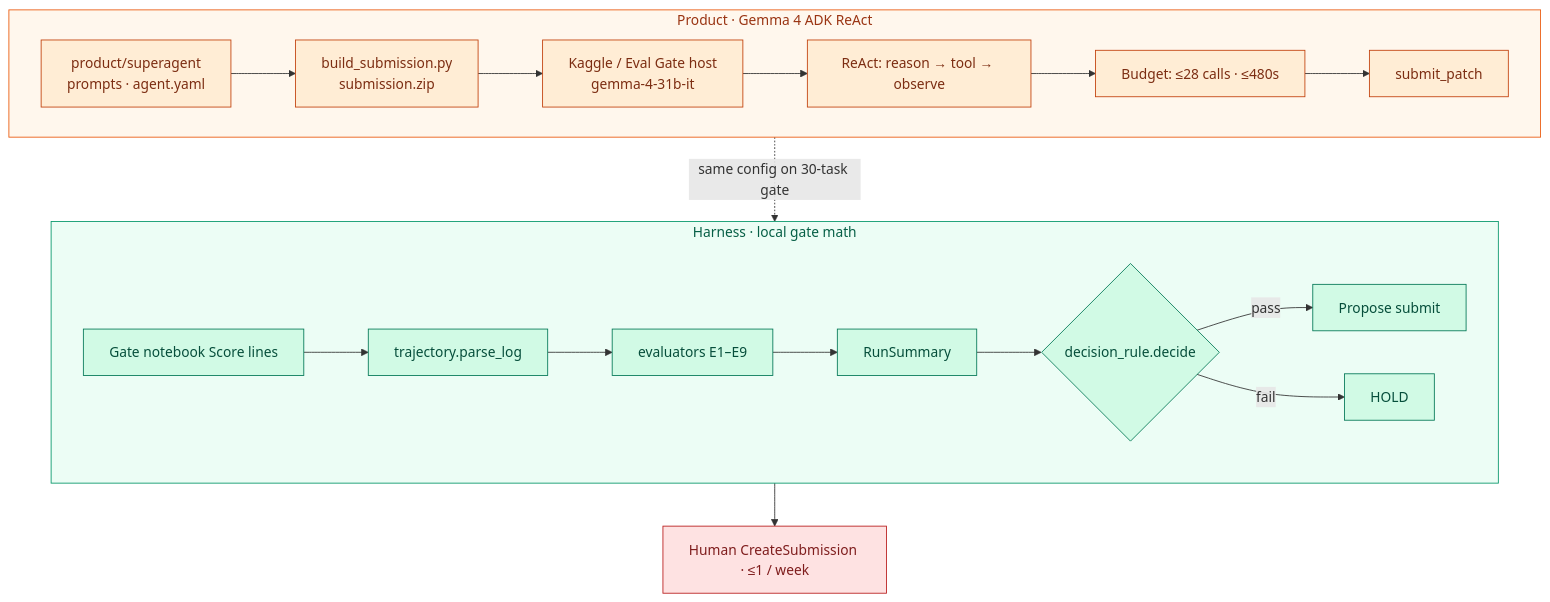
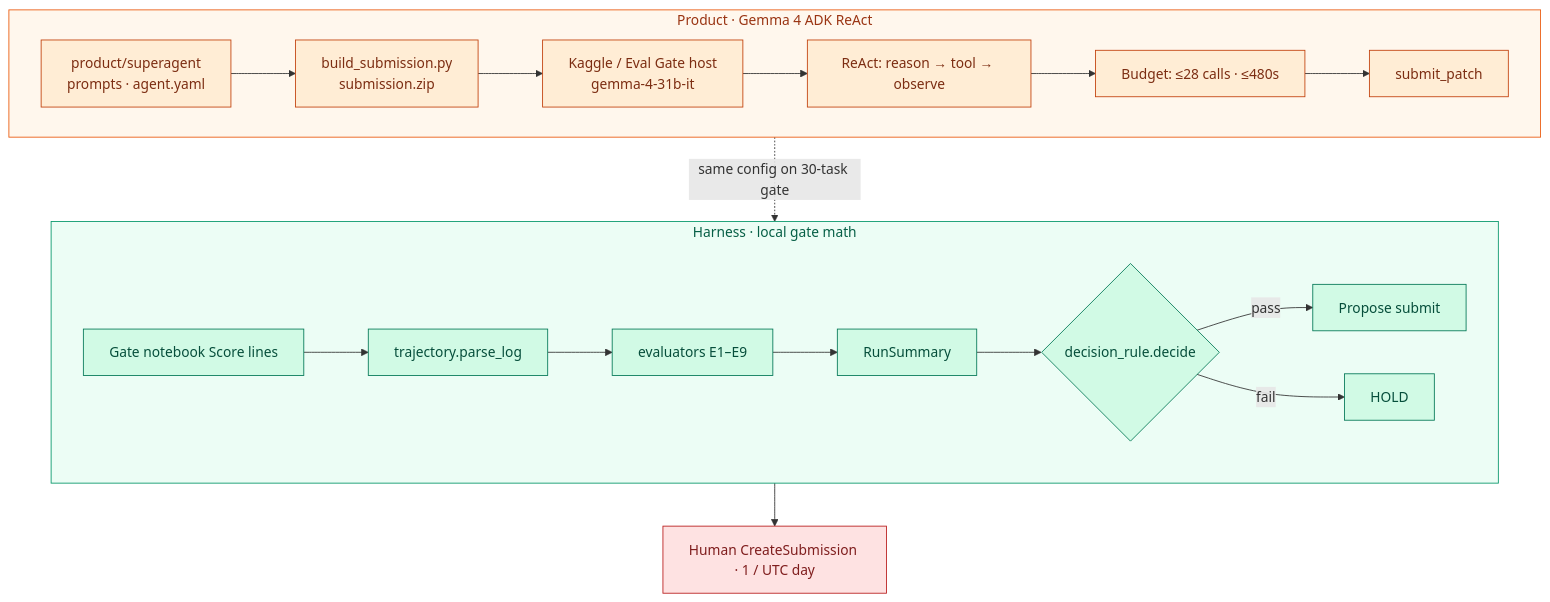
One commit to khaosans/noisegate-gemma4-factory changed the seventh of 11 diagrams in docs/wiki/Architecture.md. Above: the diagram before and after it, drawn with Mermaid. The commit also changed other lines of this file and 18 other files, not shown here.

````diff
--- a/docs/wiki/Architecture.md
+++ b/docs/wiki/Architecture.md
@@ -212,33 +212,33 @@
 ```mermaid
 flowchart TB
   subgraph Product["Product · Gemma 4 ADK ReAct"]
     direction LR
     Cfg[product/superagent<br/>prompts · agent.yaml] --> Zip[build_submission.py<br/>submission.zip]
     Zip --> Run[Kaggle / Eval Gate host<br/>gemma-4-31b-it]
     Run --> Loop[ReAct: reason → tool → observe]
     Loop --> Cap["Budget: ≤28 calls · ≤480s"]
     Cap --> Patch[submit_patch]
   end
 
   subgraph Harness["Harness · local gate math"]
     direction LR
     Log[Gate notebook Score lines] --> Parse[trajectory.parse_log]
     Parse --> Evals[evaluators E1–E9]
     Evals --> Sum[RunSummary]
     Sum --> Dec{decision_rule.decide}
     Dec -->|pass| Prop[Propose submit]
     Dec -->|fail| Hold[HOLD]
   end
 
   Patch -.->|same config on 30-task gate| Log
-  Prop --> Hitl[Human CreateSubmission · ≤1 / week]
+  Prop --> Hitl[Human CreateSubmission · 1 / UTC day]
 
   classDef product fill:#FFEDD5,stroke:#C2410C,color:#7C2D12
   classDef harness fill:#D1FAE5,stroke:#047857,color:#064E3B
   classDef hitl fill:#FEE2E2,stroke:#B91C1C,color:#7F1D1D
   class Cfg,Zip,Run,Loop,Cap,Patch product
   class Log,Parse,Evals,Sum,Dec,Prop,Hold harness
   class Hitl hitl
   style Product fill:#FFF7ED,stroke:#EA580C,color:#9A3412
   style Harness fill:#ECFDF5,stroke:#059669,color:#065F46
 ```
````
